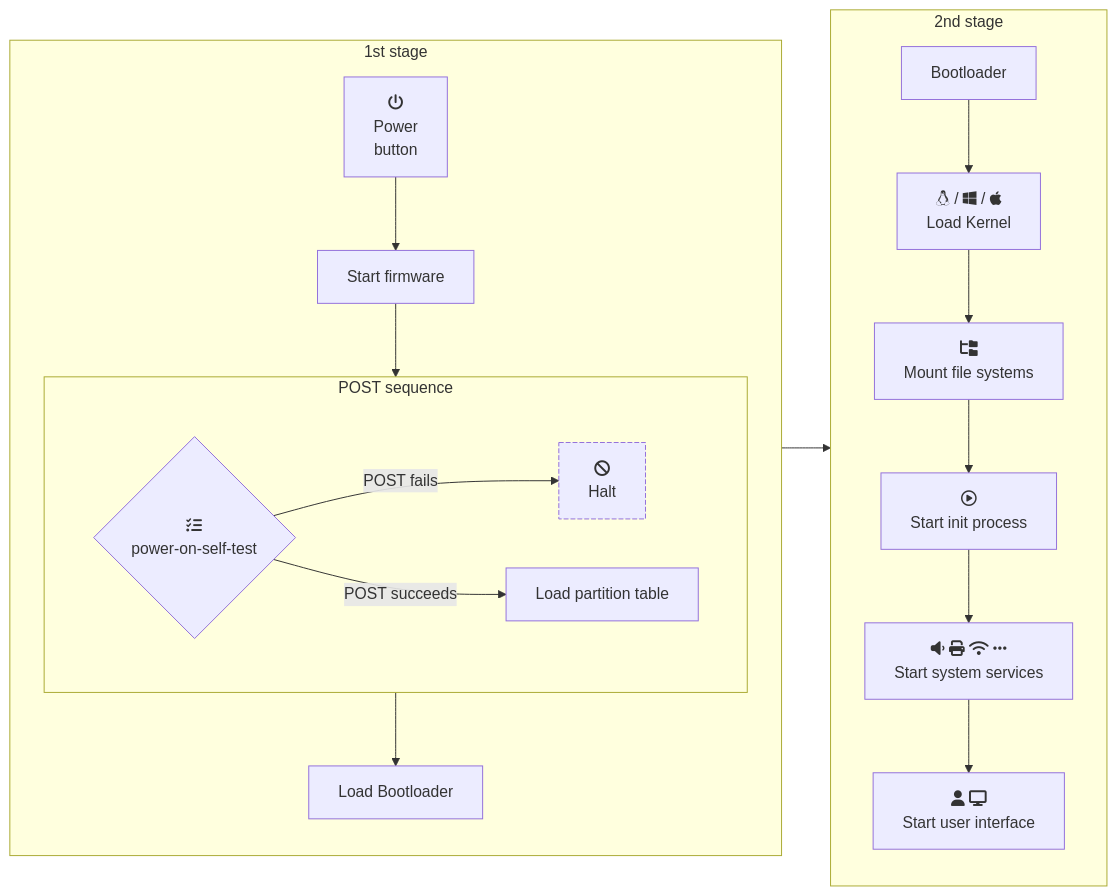
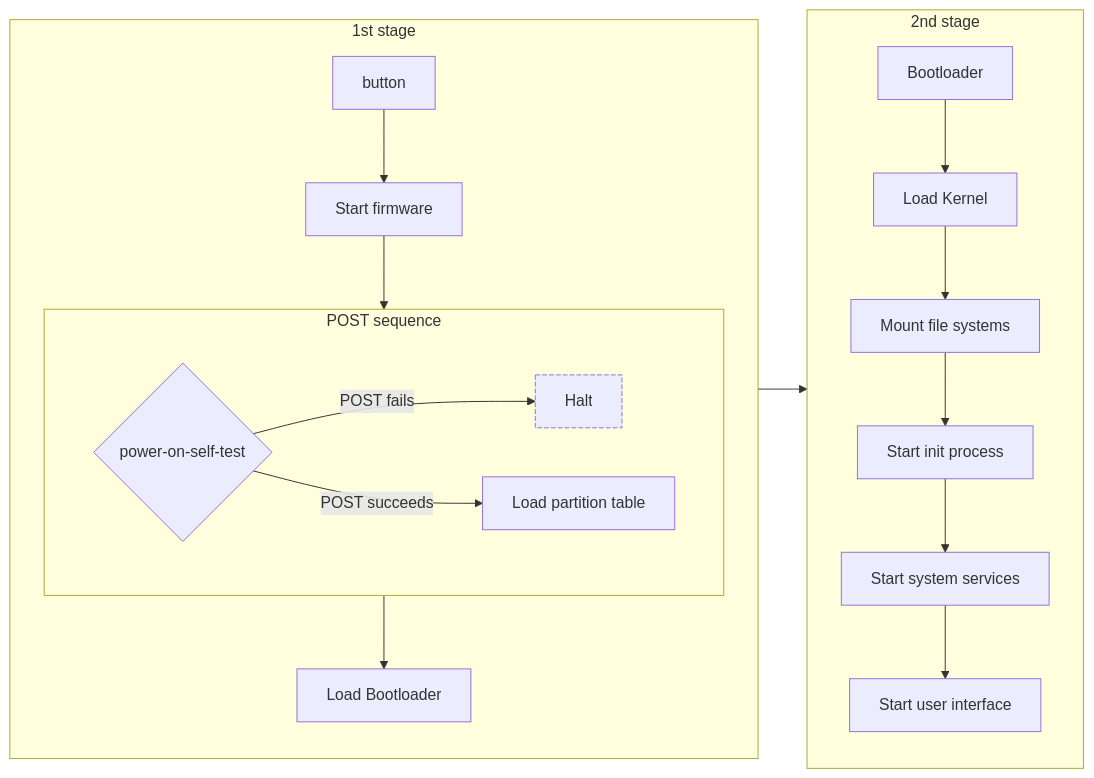
Before and after one commit to jsanvil/som24: the diagram in docs/unit04.md, drawn with Mermaid. The commit also changed other lines of this file and 1 other file, not shown here.

````diff
--- a/docs/unit04.md
+++ b/docs/unit04.md
@@ -10,28 +10,28 @@
 ```mermaid
 flowchart LR
 subgraph stage1["1st stage"]
     direction TB
-    A[fa:fa-power-off\nPower\nbutton] --> B
+    A[button] --> B
     B[Start firmware] --> POST
     subgraph POST["POST sequence"]
         direction LR
-        C{fa:fa-list-check\npower-on-self-test}
+        C{power-on-self-test}
         C --> |POST fails| D
         C -->|POST succeeds| E
-        D[fa:fa-ban\nHalt]
+        D[Halt]
     end
     E[Load partition table] --> F
     F[Load Bootloader]
 end
 subgraph stage2["2nd stage"]
     direction TB
     H[Bootloader]
-    H --> I[fab:fa-linux / fab:fa-windows / fab:fa-apple\nLoad Kernel]
-    I --> J[fa:fa-folder-tree\nMount file systems]
-    J --> K[far:fa-circle-play\nStart init process]
-    K --> L[fa:fa-volume-low fa:fa-print fa:fa-wifi fa:fa-ellipsis\nStart system services]
-    L --> M[fa:fa-user fa:fa-display\nStart user interface]
+    H --> I[Load Kernel]
+    I --> J[Mount file systems]
+    J --> K[Start init process]
+    K --> L[Start system services]
+    L --> M[Start user interface]
 end
 stage1 --> stage2
 style D stroke-dasharray: 5 2
 ```
````
